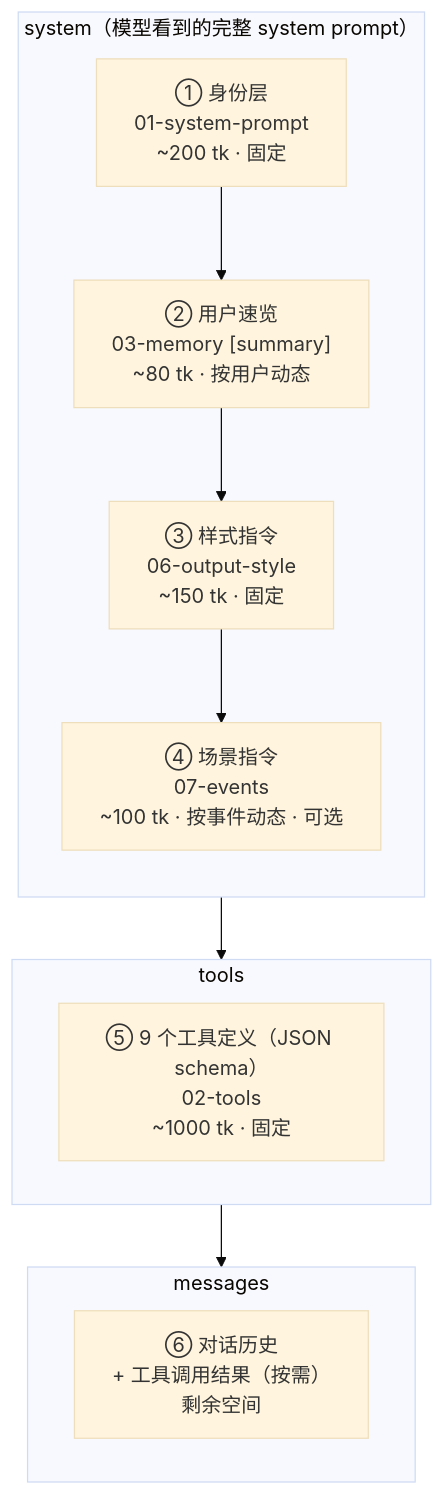
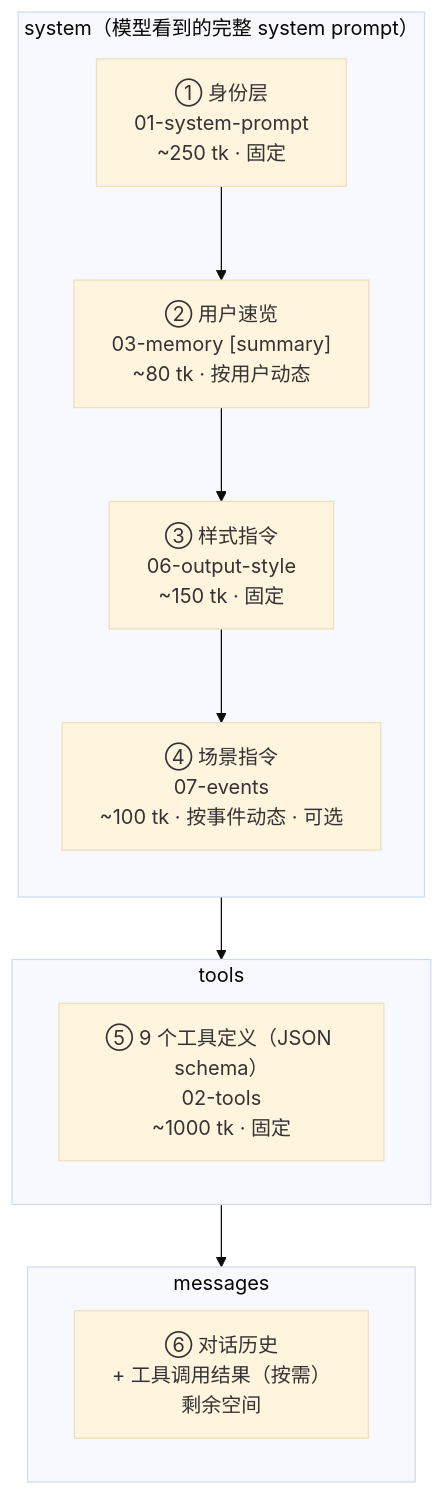
One commit to Trendolhxh/test changed the diagram in isho-agent/04-context-assembly.md. Above: the diagram before and after it, drawn with Mermaid (base theme). The commit also changed other lines of this file and 18 other files, not shown here.

````diff
--- a/isho-agent/04-context-assembly.md
+++ b/isho-agent/04-context-assembly.md
@@ -10,21 +10,21 @@
 ```mermaid
 flowchart TD
     subgraph SYSTEM["system（模型看到的完整 system prompt）"]
         direction TB
-        S1["① 身份层\n01-system-prompt\n~200 tk · 固定"]
+        S1["① 身份层\n01-system-prompt\n~250 tk · 固定"]
         S2["② 用户速览\n03-memory [summary]\n~80 tk · 按用户动态"]
         S3["③ 样式指令\n06-output-style\n~150 tk · 固定"]
         S4["④ 场景指令\n07-events\n~100 tk · 按事件动态 · 可选"]
         S1 --> S2 --> S3 --> S4
     end
 
     subgraph TOOLS["tools"]
         T1["⑤ 9 个工具定义（JSON schema）\n02-tools\n~1000 tk · 固定"]
     end
 
     subgraph MESSAGES["messages"]
         M1["⑥ 对话历史\n+ 工具调用结果（按需）\n剩余空间"]
     end
 
     SYSTEM --> TOOLS --> MESSAGES
 ```
````
